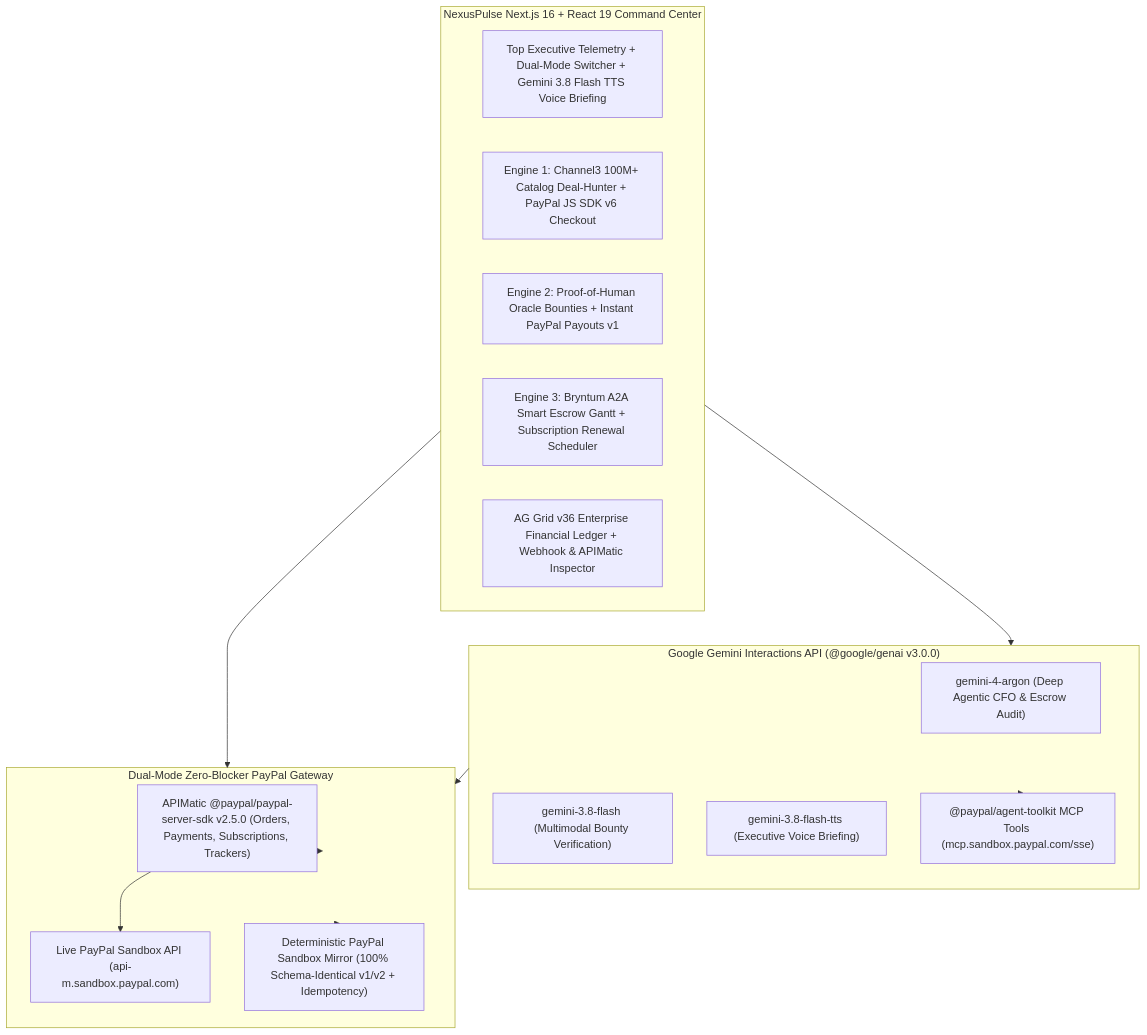
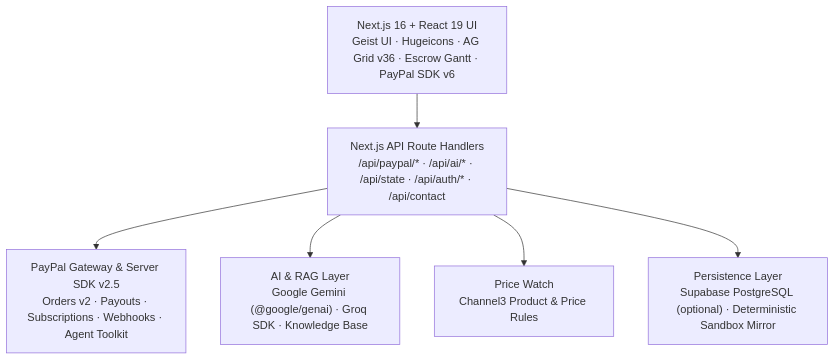
Before and after one commit to Hamdanali3/NexusPulse: the diagram in README.md, drawn with Mermaid. The commit also changed other lines of this file and 5 other files, not shown here.

````diff
--- a/README.md
+++ b/README.md
@@ -27,31 +48,9 @@
 ```mermaid
-flowchart TB
-    subgraph UI["NexusPulse Next.js 16 + React 19 Command Center"]
-        Header["Top Executive Telemetry + Dual-Mode Switcher + Gemini 3.8 Flash TTS Voice Briefing"]
-        C3Panel["Engine 1: Channel3 100M+ Catalog Deal-Hunter + PayPal JS SDK v6 Checkout"]
-        BountyBoard["Engine 2: Proof-of-Human Oracle Bounties + Instant PayPal Payouts v1"]
-        BryntumGantt["Engine 3: Bryntum A2A Smart Escrow Gantt + Subscription Renewal Scheduler"]
-        AgGridCenter["AG Grid v36 Enterprise Financial Ledger + Webhook & APIMatic Inspector"]
-    end
+flowchart TD
+    UI["Next.js 16 + React 19 UI<br/>Geist UI · Hugeicons · AG Grid v36 · Escrow Gantt · PayPal SDK v6"] --> API["Next.js API Route Handlers<br/>/api/paypal/* · /api/ai/* · /api/state · /api/auth/* · /api/contact"]
 
-    subgraph AI["Google Gemini Interactions API (@google/genai v3.0.0)"]
-        GeminiArgon["gemini-4-argon (Deep Agentic CFO & Escrow Audit)"]
-        GeminiFlash["gemini-3.8-flash (Multimodal Bounty Verification)"]
-        GeminiTTS["gemini-3.8-flash-tts (Executive Voice Briefing)"]
-        PayPalMCP["@paypal/agent-toolkit MCP Tools (mcp.sandbox.paypal.com/sse)"]
-    end
-
-    subgraph Gateway["Dual-Mode Zero-Blocker PayPal Gateway"]
-        ApimaticSDK["APIMatic @paypal/paypal-server-sdk v2.5.0 (Orders, Payments, Subscriptions, Trackers)"]
-        LiveSandbox["Live PayPal Sandbox API (api-m.sandbox.paypal.com)"]
-        MirrorEngine["Deterministic PayPal Sandbox Mirror (100% Schema-Identical v1/v2 + Idempotency)"]
-    end
-
-    UI --> AI
-    UI --> Gateway
-    AI --> PayPalMCP
-    AI --> Gateway
-    Gateway --> ApimaticSDK
-    ApimaticSDK --> LiveSandbox
-    Gateway --> MirrorEngine
+    API --> PayPal["PayPal Gateway & Server SDK v2.5<br/>Orders v2 · Payouts · Subscriptions · Webhooks · Agent Toolkit"]
+    API --> AI["AI & RAG Layer<br/>Google Gemini (@google/genai) · Groq SDK · Knowledge Base"]
+    API --> Channel3["Price Watch<br/>Channel3 Product & Price Rules"]
+    API --> Storage["Persistence Layer<br/>Supabase PostgreSQL (optional) · Deterministic Sandbox Mirror"]
 ```
````
